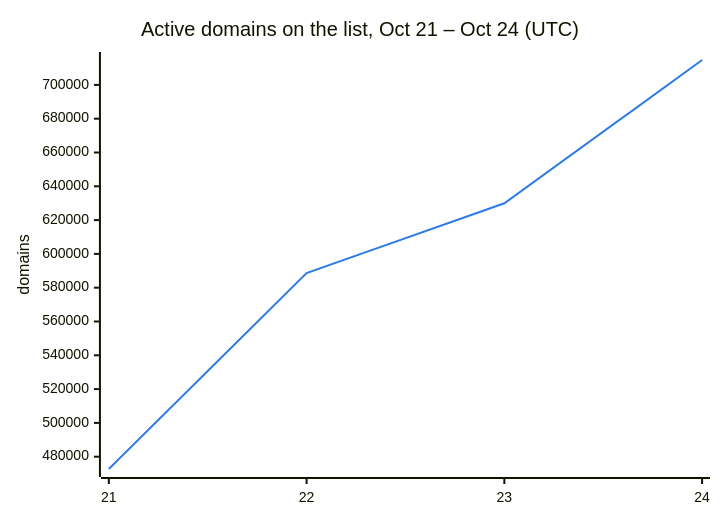
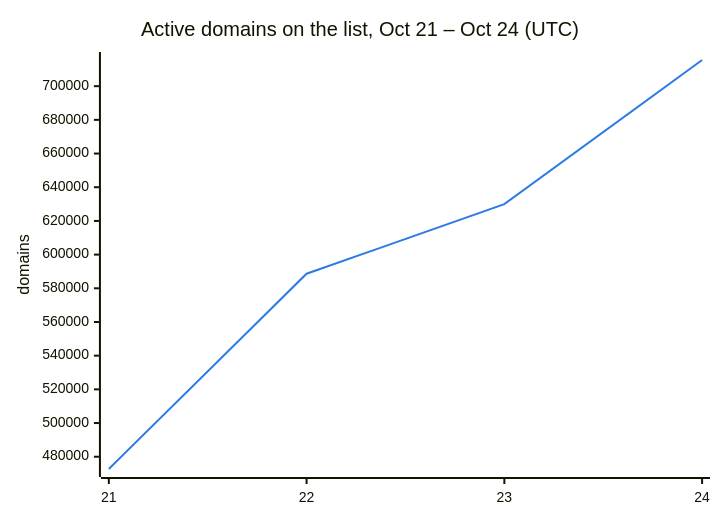
Before and after one commit to DNSBunker/CTI: the second of 3 diagrams in README.md, drawn with Mermaid. The commit also changed other lines of this file and 3 other files, not shown here.

````diff
--- a/README.md
+++ b/README.md
@@ -38,8 +38,8 @@
 ```mermaid
 %%{init: {"themeVariables": {"xyChart": {"plotColorPalette": "#2c7be5"}}}}%%
 xychart-beta
     title "Active domains on the list, Oct 21 – Oct 24 (UTC)"
     x-axis ["21", "22", "23", "24"]
     y-axis "domains"
-    line [472713, 588659, 629951, 714736]
+    line [472713, 588659, 629951, 715539]
 ```
````
